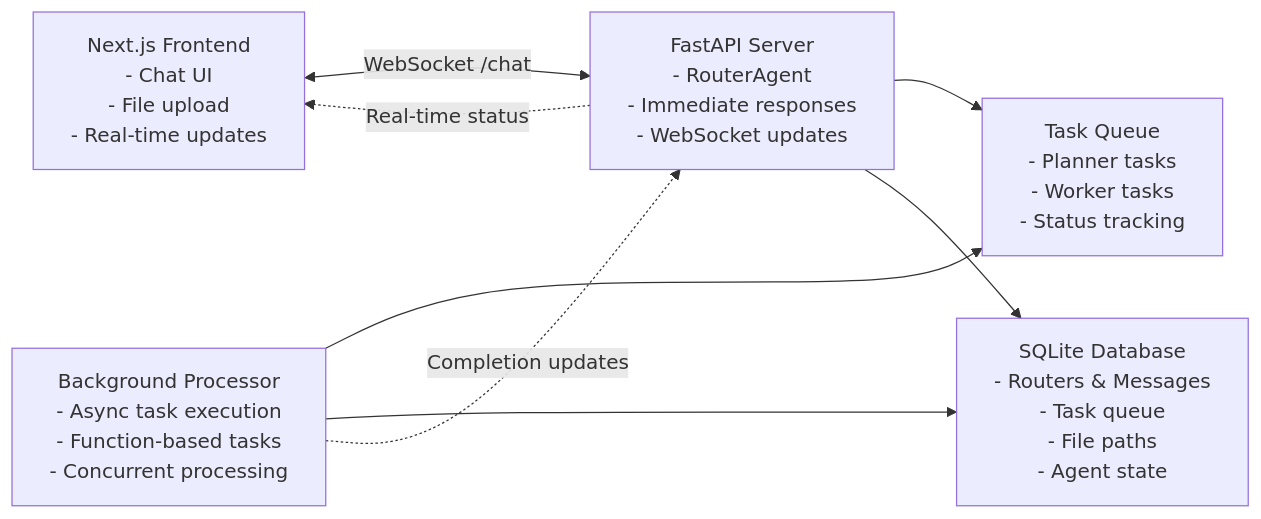
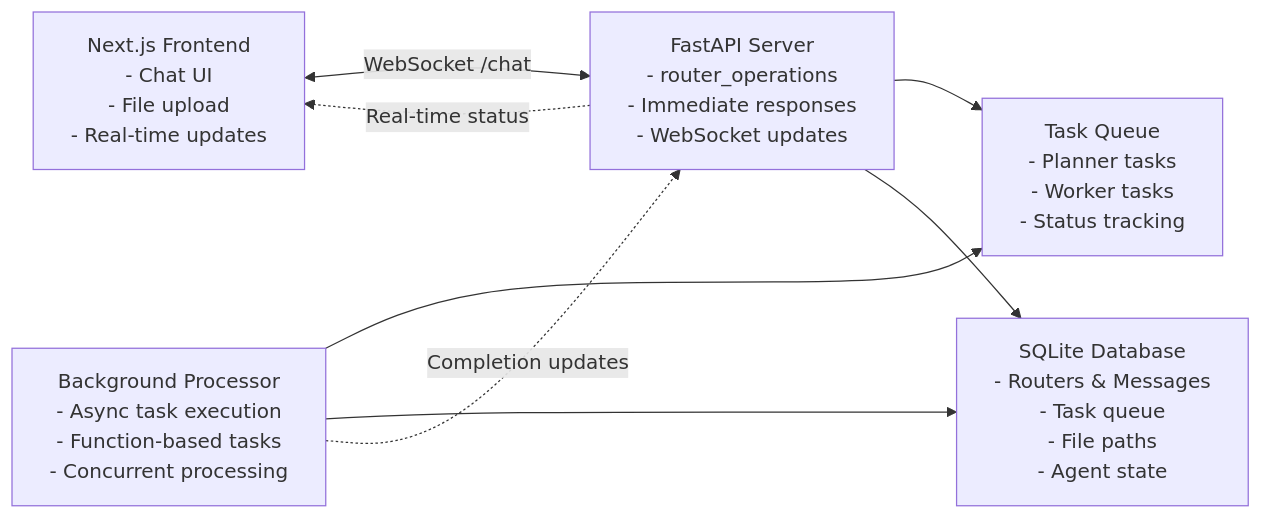
One commit to bryan-zxc/agent changed the first of 12 diagrams in ARCHITECTURE.md. Above: the diagram before and after it, drawn with Mermaid. The commit also changed other lines of this file and 62 other files, not shown here.

Commit message:
complete testing including router agent to function restructure

````diff
--- a/ARCHITECTURE.md
+++ b/ARCHITECTURE.md
@@ -8,16 +8,16 @@
 ```mermaid
 graph LR
     A[Next.js Frontend<br/>- Chat UI<br/>- File upload<br/>- Real-time updates] 
-    B[FastAPI Server<br/>- RouterAgent<br/>- Immediate responses<br/>- WebSocket updates]
+    B[FastAPI Server<br/>- router_operations<br/>- Immediate responses<br/>- WebSocket updates]
     C[Background Processor<br/>- Async task execution<br/>- Function-based tasks<br/>- Concurrent processing]
     D[Task Queue<br/>- Planner tasks<br/>- Worker tasks<br/>- Status tracking]
     E[SQLite Database<br/>- Routers & Messages<br/>- Task queue<br/>- File paths<br/>- Agent state]
     
     A <-->|"WebSocket /chat"| B
     B --> D
     C --> D
     C --> E
     B --> E
     C -.->|"Completion updates"| B
     B -.->|"Real-time status"| A
 ```
````
